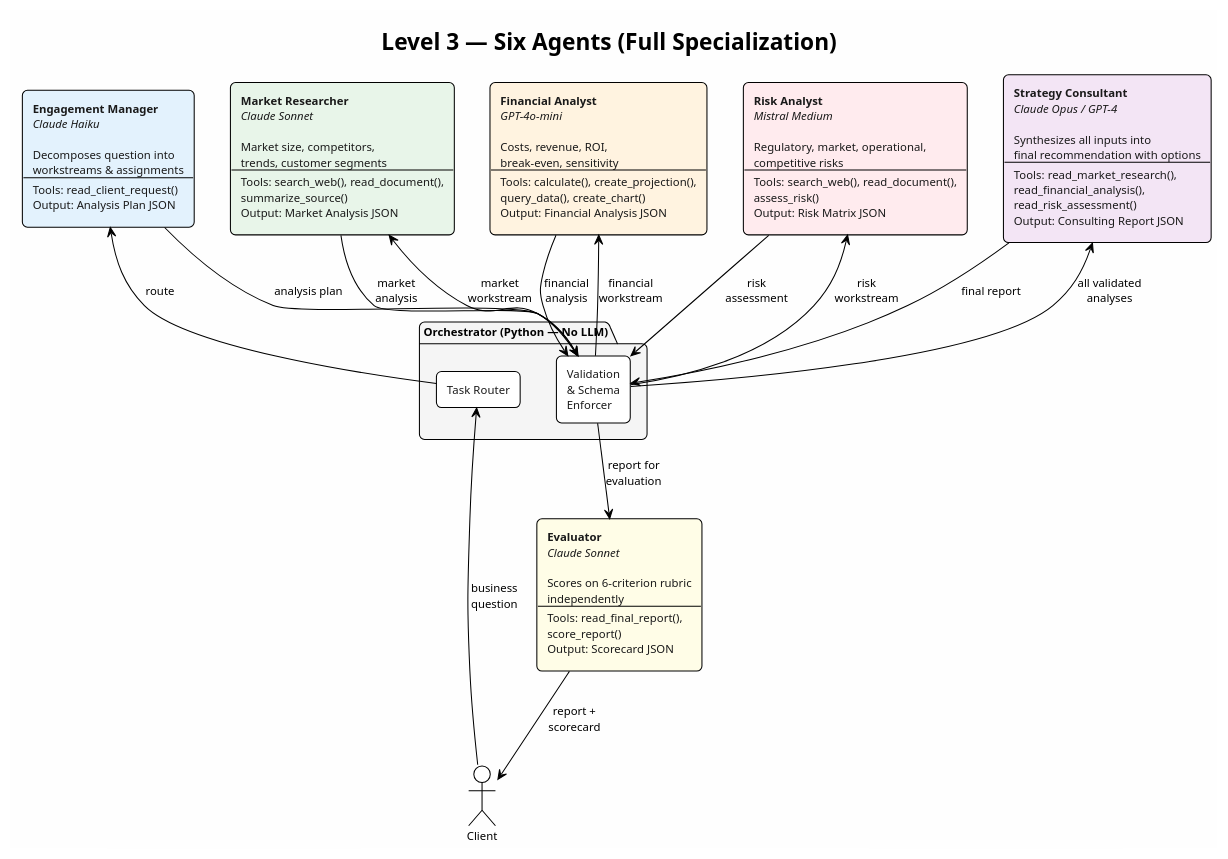
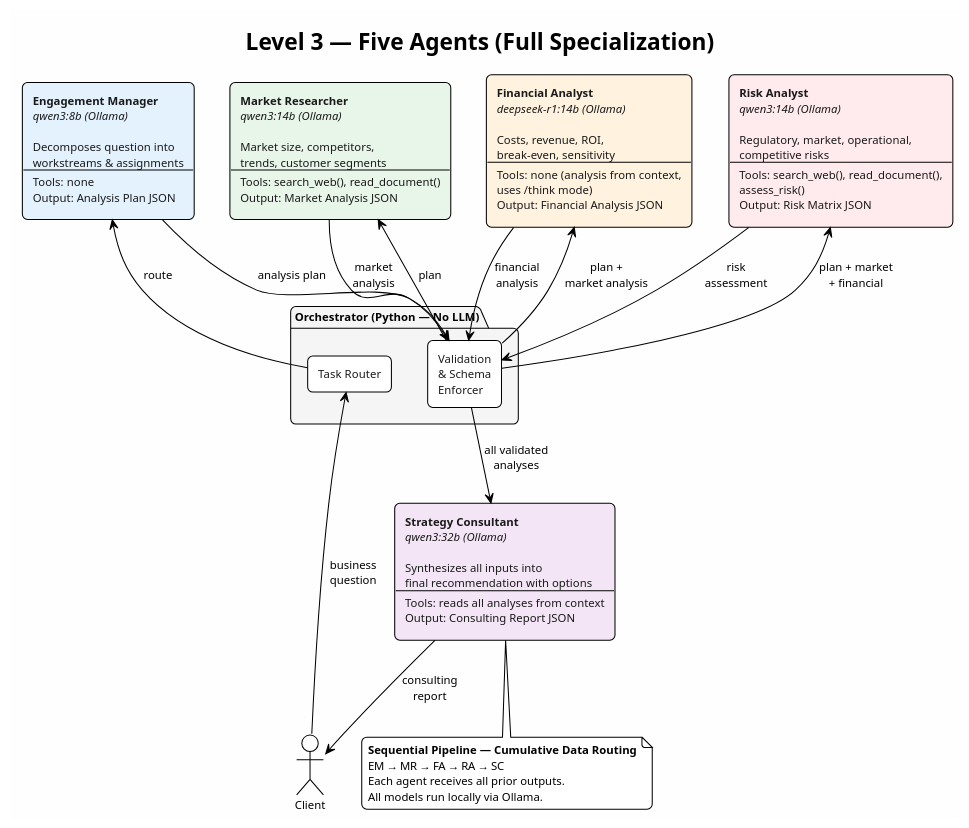
The diagram in Diagrams/agents/05_level3_six_agents.puml (GeorgePetre11/Design-Implementation-and-Monitoring-of-Heterogenous-Agent-Organizations), drawn with PlantUML before and after one commit. The commit also changed 36 other files, not shown here.

```diff
--- a/Diagrams/agents/05_level3_six_agents.puml
+++ b/Diagrams/agents/05_level3_six_agents.puml
@@ -1,53 +1,57 @@
-@startuml level3_six_agents
+@startuml level3_five_agents
 !theme plain
 skinparam backgroundColor #FEFEFE
 skinparam defaultFontName "Segoe UI"
 skinparam defaultFontSize 11
 skinparam shadowing false
 skinparam roundCorner 10
 skinparam componentStyle rectangle
 
-title **Level 3 — Six Agents (Full Specialization)**
+title **Level 3 — Five Agents (Full Specialization)**
 
 skinparam component {
   FontColor #1A1A1A
 }
 
 actor "Client" as client
 
 package "Orchestrator (Python — No LLM)" as orch #F5F5F5 {
   component "Task Router" as router
   component "Validation\n& Schema\nEnforcer" as val
 }
 
-component "**Engagement Manager**\n//Claude Haiku//\n\nDecomposes question into\nworkstreams & assignments\n----\nTools: read_client_request()\nOutput: Analysis Plan JSON" as em #E3F2FD
+component "**Engagement Manager**\n//qwen3:8b (Ollama)//\n\nDecomposes question into\nworkstreams & assignments\n----\nTools: none\nOutput: Analysis Plan JSON" as em #E3F2FD
 
-component "**Market Researcher**\n//Claude Sonnet//\n\nMarket size, competitors,\ntrends, customer segments\n----\nTools: search_web(), read_document(),\nsummarize_source()\nOutput: Market Analysis JSON" as mr #E8F5E9
+component "**Market Researcher**\n//qwen3:14b (Ollama)//\n\nMarket size, competitors,\ntrends, customer segments\n----\nTools: search_web(), read_document()\nOutput: Market Analysis JSON" as mr #E8F5E9
 
-component "**Financial Analyst**\n//GPT-4o-mini//\n\nCosts, revenue, ROI,\nbreak-even, sensitivity\n----\nTools: calculate(), create_projection(),\nquery_data(), create_chart()\nOutput: Financial Analysis JSON" as fa #FFF3E0
+component "**Financial Analyst**\n//deepseek-r1:14b (Ollama)//\n\nCosts, revenue, ROI,\nbreak-even, sensitivity\n----\nTools: none (analysis from context,\nuses /think mode)\nOutput: Financial Analysis JSON" as fa #FFF3E0
 
-component "**Risk Analyst**\n//Mistral Medium//\n\nRegulatory, market, operational,\ncompetitive risks\n----\nTools: search_web(), read_document(),\nassess_risk()\nOutput: Risk Matrix JSON" as ra #FFEBEE
+component "**Risk Analyst**\n//qwen3:14b (Ollama)//\n\nRegulatory, market, operational,\ncompetitive risks\n----\nTools: search_web(), read_document(),\nassess_risk()\nOutput: Risk Matrix JSON" as ra #FFEBEE
 
-component "**Strategy Consultant**\n//Claude Opus / GPT-4//\n\nSynthesizes all inputs into\nfinal recommendation with options\n----\nTools: read_market_research(),\nread_financial_analysis(),\nread_risk_assessment()\nOutput: Consulting Report JSON" as sc #F3E5F5
-
-component "**Evaluator**\n//Claude Sonnet//\n\nScores on 6-criterion rubric\nindependently\n----\nTools: read_final_report(),\nscore_report()\nOutput: Scorecard JSON" as ev #FFFDE7
+component "**Strategy Consultant**\n//qwen3:32b (Ollama)//\n\nSynthesizes all inputs into\nfinal recommendation with options\n----\nTools: reads all analyses from context\nOutput: Consulting Report JSON" as sc #F3E5F5
 
 client -down-> router : "business\nquestion"
 router -down-> em : "route"
 
 em -down-> val : "analysis plan"
-val -down-> mr : "market\nworkstream"
-val -down-> fa : "financial\nworkstream"
-val -down-> ra : "risk\nworkstream"
+val -down-> mr : "plan"
 
 mr -down-> val : "market\nanalysis"
+val -down-> fa : "plan +\nmarket analysis"
+
 fa -down-> val : "financial\nanalysis"
+val -down-> ra : "plan + market\n+ financial"
+
 ra -down-> val : "risk\nassessment"
+val -down-> sc : "all validated\nanalyses"
 
-val -down-> sc : "all validated\nanalyses"
-sc -down-> val : "final report"
-val -down-> ev : "report for\nevaluation"
+sc -down-> client : "consulting\nreport"
 
-ev -down-> client : "report +\nscorecard"
+note bottom
+  **Sequential Pipeline — Cumulative Data Routing**
+  EM → MR → FA → RA → SC
+  Each agent receives all prior outputs.
+  All models run locally via Ollama.
+end note
 
 @enduml
```
